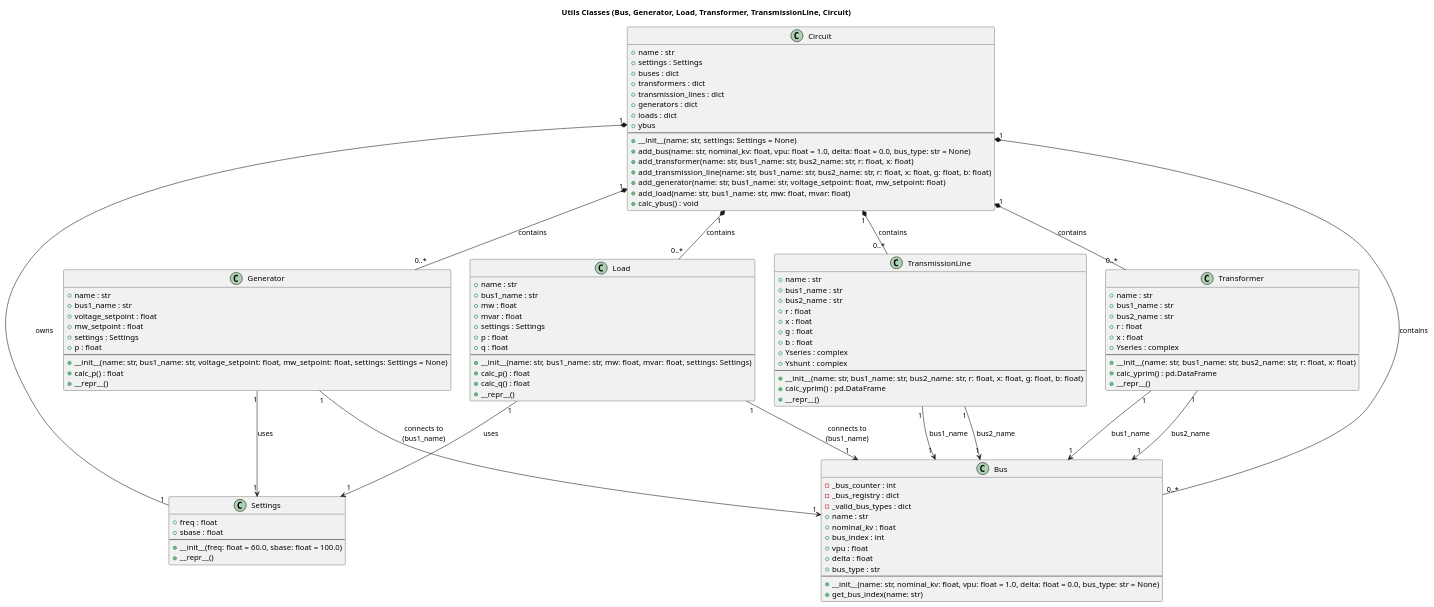
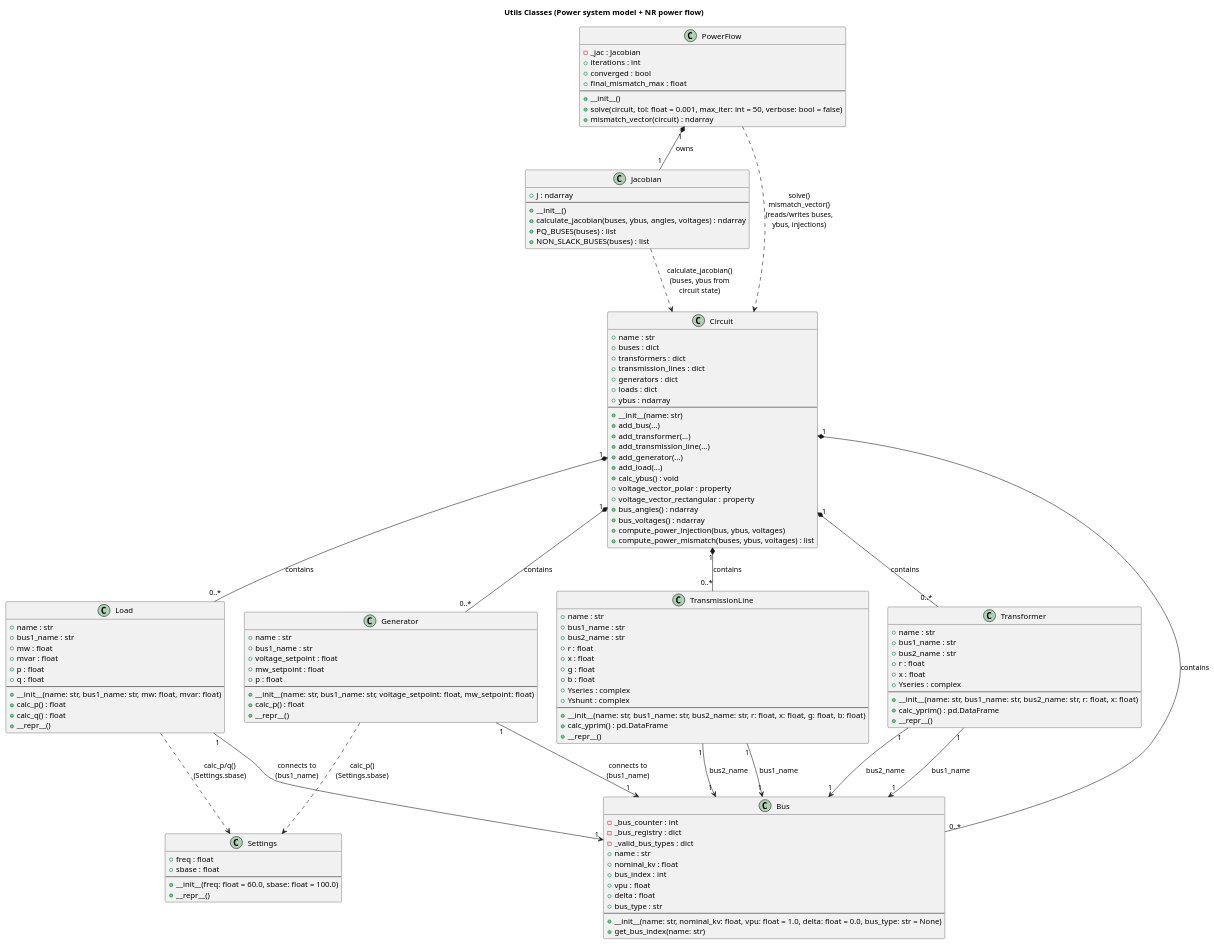
The diagram in Src/Utils/ClassDiagrams/ClassDiagrams.puml (AndreGilchrist-Pitt/Project-2-Main-Simulator), drawn with PlantUML before and after one commit. The commit also changed 6 other files, not shown here.

```diff
--- a/Src/Utils/ClassDiagrams/ClassDiagrams.puml
+++ b/Src/Utils/ClassDiagrams/ClassDiagrams.puml
@@ -1,118 +1,147 @@
 @startuml
-title Utils Classes (Bus, Generator, Load, Transformer, TransmissionLine, Circuit)
+title Utils Classes (Power system model + NR power flow)
+
 class Settings {
   +freq : float
   +sbase : float
   --
   +__init__(freq: float = 60.0, sbase: float = 100.0)
   +__repr__()
 }
+
 class Bus {
   -_bus_counter : int
   -_bus_registry : dict
   -_valid_bus_types : dict
   +name : str
   +nominal_kv : float
   +bus_index : int
   +vpu : float
   +delta : float
   +bus_type : str
   --
   +__init__(name: str, nominal_kv: float, vpu: float = 1.0, delta: float = 0.0, bus_type: str = None)
   +get_bus_index(name: str)
 }
 
 class Generator {
   +name : str
   +bus1_name : str
   +voltage_setpoint : float
   +mw_setpoint : float
-  +settings : Settings
   +p : float
   --
-  +__init__(name: str, bus1_name: str, voltage_setpoint: float, mw_setpoint: float, settings: Settings = None)
+  +__init__(name: str, bus1_name: str, voltage_setpoint: float, mw_setpoint: float)
   +calc_p() : float
   +__repr__()
 }
 
 class Load {
   +name : str
   +bus1_name : str
   +mw : float
   +mvar : float
-  +settings : Settings
   +p : float
   +q : float
   --
-  +__init__(name: str, bus1_name: str, mw: float, mvar: float, settings: Settings)
+  +__init__(name: str, bus1_name: str, mw: float, mvar: float)
   +calc_p() : float
   +calc_q() : float
   +__repr__()
 }
 
 class Transformer {
   +name : str
   +bus1_name : str
   +bus2_name : str
   +r : float
   +x : float
   +Yseries : complex
   --
   +__init__(name: str, bus1_name: str, bus2_name: str, r: float, x: float)
   +calc_yprim() : pd.DataFrame
   +__repr__()
 }
 
 class TransmissionLine {
   +name : str
   +bus1_name : str
   +bus2_name : str
   +r : float
   +x : float
   +g : float
   +b : float
   +Yseries : complex
   +Yshunt : complex
   --
   +__init__(name: str, bus1_name: str, bus2_name: str, r: float, x: float, g: float, b: float)
   +calc_yprim() : pd.DataFrame
   +__repr__()
 }
 
 class Circuit {
   +name : str
-  +settings : Settings
   +buses : dict
   +transformers : dict
   +transmission_lines : dict
   +generators : dict
   +loads : dict
-  +ybus
+  +ybus : ndarray
   --
-  +__init__(name: str, settings: Settings = None)
-  +add_bus(name: str, nominal_kv: float, vpu: float = 1.0, delta: float = 0.0, bus_type: str = None)
-  +add_transformer(name: str, bus1_name: str, bus2_name: str, r: float, x: float)
-  +add_transmission_line(name: str, bus1_name: str, bus2_name: str, r: float, x: float, g: float, b: float)
-  +add_generator(name: str, bus1_name: str, voltage_setpoint: float, mw_setpoint: float)
-  +add_load(name: str, bus1_name: str, mw: float, mvar: float)
+  +__init__(name: str)
+  +add_bus(...)
+  +add_transformer(...)
+  +add_transmission_line(...)
+  +add_generator(...)
+  +add_load(...)
   +calc_ybus() : void
+  +voltage_vector_polar : property
+  +voltage_vector_rectangular : property
+  +bus_angles() : ndarray
+  +bus_voltages() : ndarray
+  +compute_power_injection(bus, ybus, voltages)
+  +compute_power_mismatch(buses, ybus, voltages) : list
 }
 
-Circuit "1" *-- "1" Settings : owns
+class Jacobian {
+  +J : ndarray
+  --
+  +__init__()
+  +calculate_jacobian(buses, ybus, angles, voltages) : ndarray
+  +PQ_BUSES(buses) : list
+  +NON_SLACK_BUSES(buses) : list
+}
+
+class PowerFlow {
+  -_jac : Jacobian
+  +iterations : int
+  +converged : bool
+  +final_mismatch_max : float
+  --
+  +__init__()
+  +solve(circuit, tol: float = 0.001, max_iter: int = 50, verbose: bool = false)
+  +mismatch_vector(circuit) : ndarray
+}
+
 Circuit "1" *-- "0..*" Bus : contains
 Circuit "1" *-- "0..*" Transformer : contains
 Circuit "1" *-- "0..*" TransmissionLine : contains
 Circuit "1" *-- "0..*" Generator : contains
 Circuit "1" *-- "0..*" Load : contains
 
-Generator "1" --> "1" Settings : uses
-Load "1" --> "1" Settings : uses
+Generator ..> Settings : calc_p()\n(Settings.sbase)
+Load ..> Settings : calc_p/q()\n(Settings.sbase)
 
 Generator "1" --> "1" Bus : connects to\n(bus1_name)
 Load "1" --> "1" Bus : connects to\n(bus1_name)
 Transformer "1" --> "1" Bus : bus1_name
 Transformer "1" --> "1" Bus : bus2_name
 TransmissionLine "1" --> "1" Bus : bus1_name
 TransmissionLine "1" --> "1" Bus : bus2_name
 
+PowerFlow "1" *-- "1" Jacobian : owns
+PowerFlow ..> Circuit : solve()\nmismatch_vector()\n(reads/writes buses,\nybus, injections)
+
+Jacobian ..> Circuit : calculate_jacobian()\n(buses, ybus from\ncircuit state)
+
 @enduml
```
